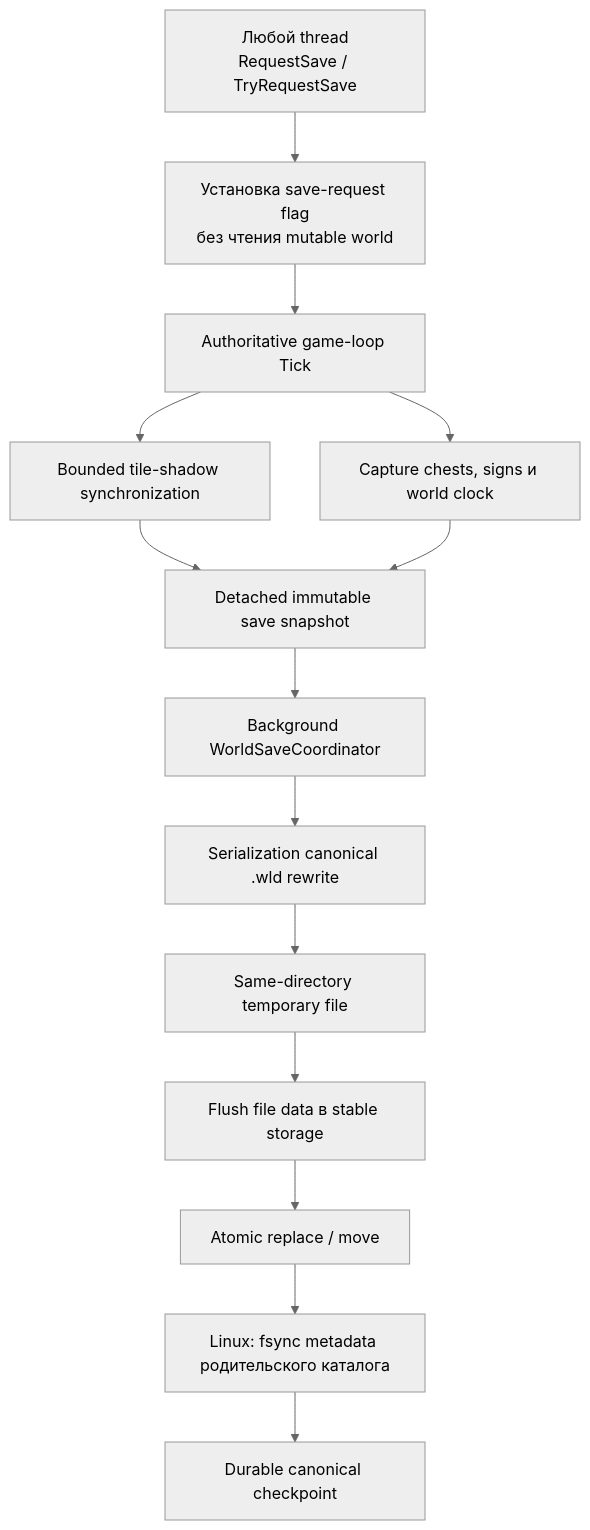
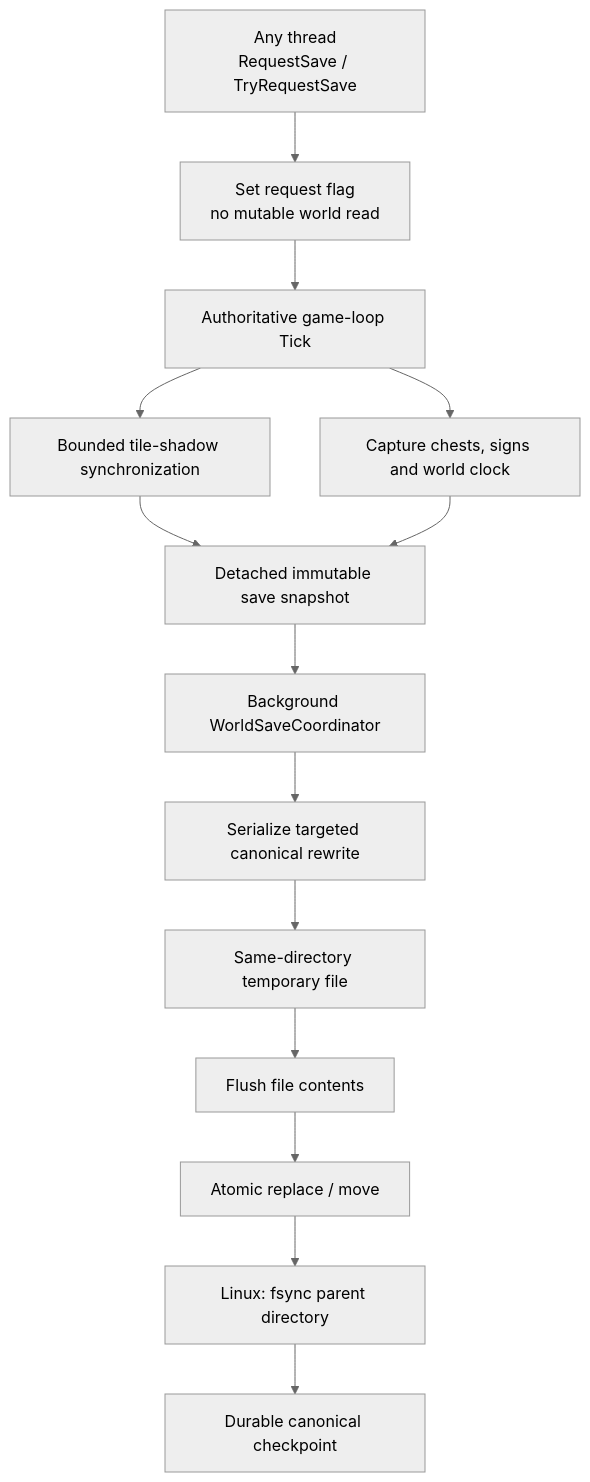
Before and after one commit to VegaKernel/TerraRuntime: the third of 5 diagrams in docs/ru/world-persistence.md, drawn with Mermaid (neutral theme). The commit also changed other lines of this file and 9 other files, not shown here.

Commit message:
docs: migrate core subsystem diagrams to Mermaid

````diff
--- a/docs/ru/world-persistence.md
+++ b/docs/ru/world-persistence.md
@@ -119,16 +89,16 @@
 ```mermaid
 flowchart TD
-    A["Любой thread<br/>RequestSave / TryRequestSave"] --> B["Установка save-request flag<br/>без чтения mutable world"]
+    A["Any thread<br/>RequestSave / TryRequestSave"] --> B["Set request flag<br/>no mutable world read"]
     B --> C["Authoritative game-loop Tick"]
     C --> D["Bounded tile-shadow synchronization"]
-    C --> E["Capture chests, signs и world clock"]
+    C --> E["Capture chests, signs and world clock"]
     D --> F["Detached immutable save snapshot"]
     E --> F
     F --> G["Background WorldSaveCoordinator"]
-    G --> H["Serialization canonical .wld rewrite"]
+    G --> H["Serialize targeted canonical rewrite"]
     H --> I["Same-directory temporary file"]
-    I --> J["Flush file data в stable storage"]
+    I --> J["Flush file contents"]
     J --> K["Atomic replace / move"]
-    K --> L["Linux: fsync metadata родительского каталога"]
+    K --> L["Linux: fsync parent directory"]
     L --> M["Durable canonical checkpoint"]
 ```
````
